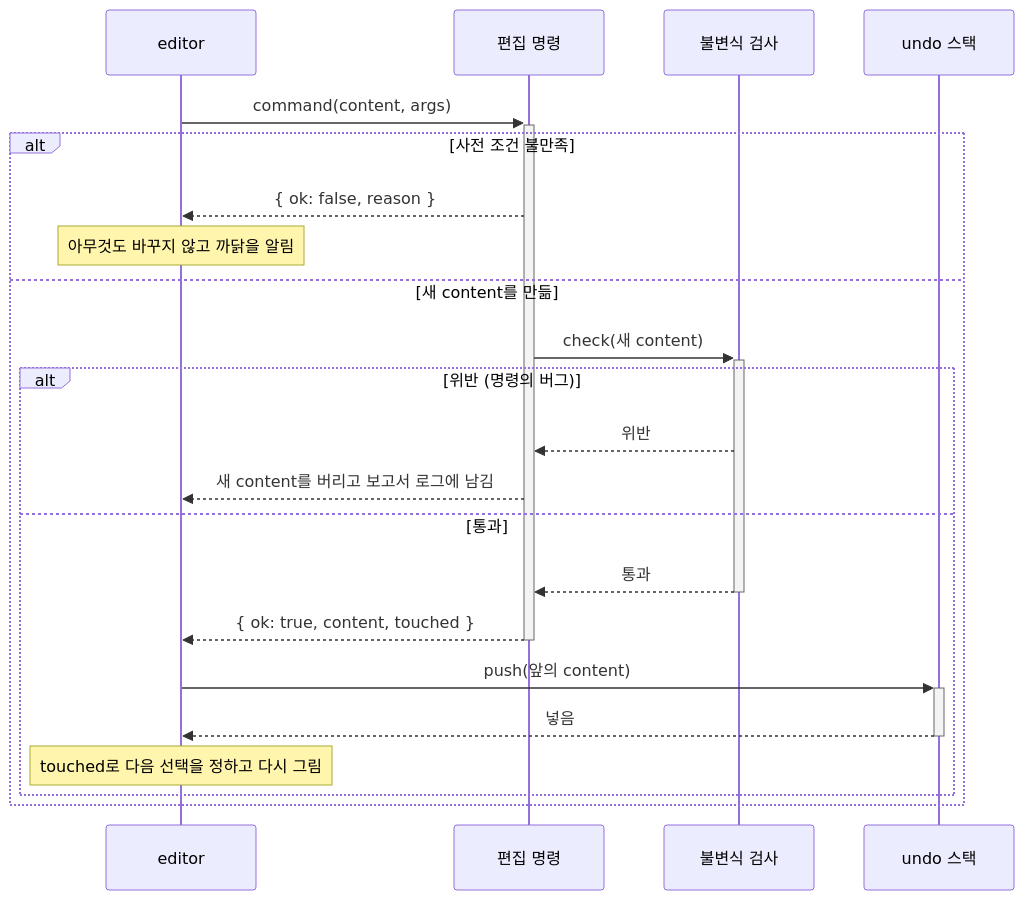
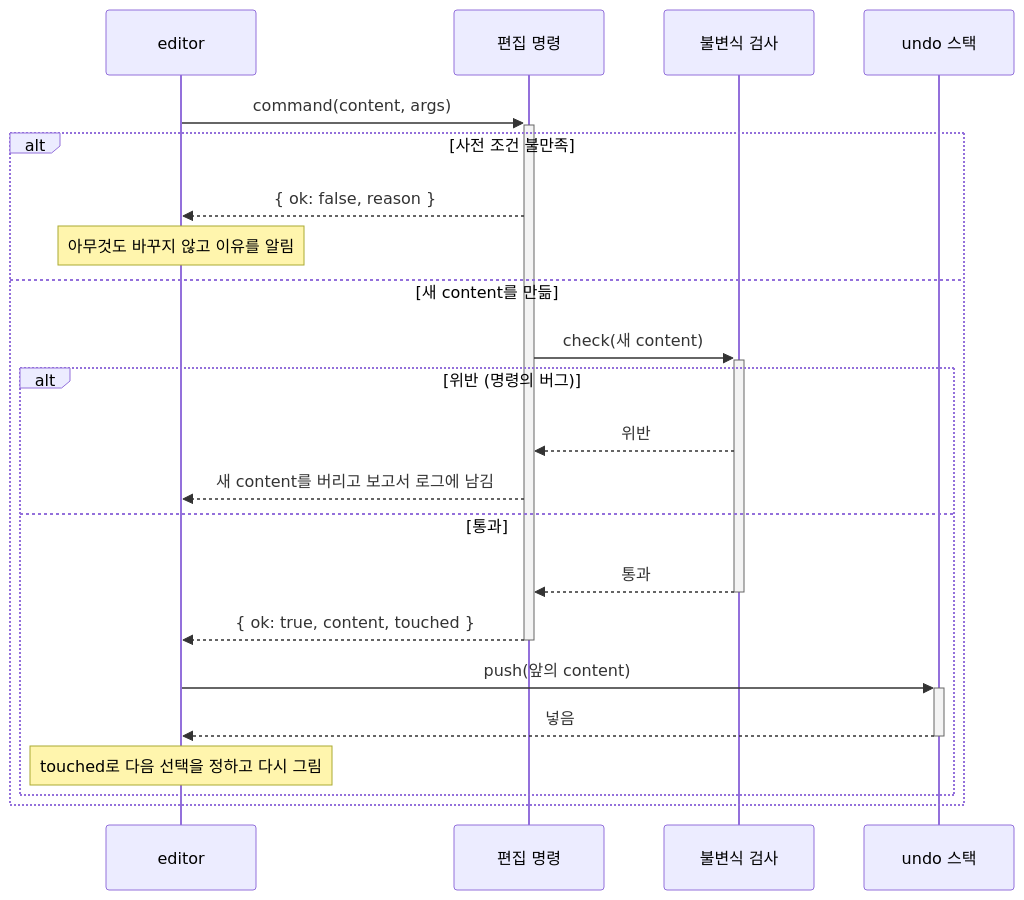
One commit to reddiana/AriadneNSD changed the second of 2 diagrams in docs/04-design/01-model.md. Above: the diagram before and after it, drawn with Mermaid. The commit also changed other lines of this file and 3 other files, not shown here.

````diff
--- a/docs/04-design/01-model.md
+++ b/docs/04-design/01-model.md
@@ -233,24 +233,24 @@
 ```mermaid
 sequenceDiagram
     participant E as editor
     participant C as 편집 명령
     participant V as 불변식 검사
     participant H as undo 스택
     E->>+C: command(content, args)
     alt 사전 조건 불만족
         C-->>E: { ok: false, reason }
-        Note over E: 아무것도 바꾸지 않고 까닭을 알림
+        Note over E: 아무것도 바꾸지 않고 이유를 알림
     else 새 content를 만듦
         C->>+V: check(새 content)
         alt 위반 (명령의 버그)
             V-->>C: 위반
             C-->>E: 새 content를 버리고 보고서 로그에 남김
         else 통과
             V-->>-C: 통과
             C-->>-E: { ok: true, content, touched }
             E->>+H: push(앞의 content)
             H-->>-E: 넣음
             Note over E: touched로 다음 선택을 정하고 다시 그림
         end
     end
 ```
````
